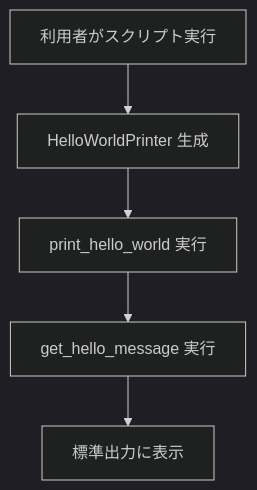
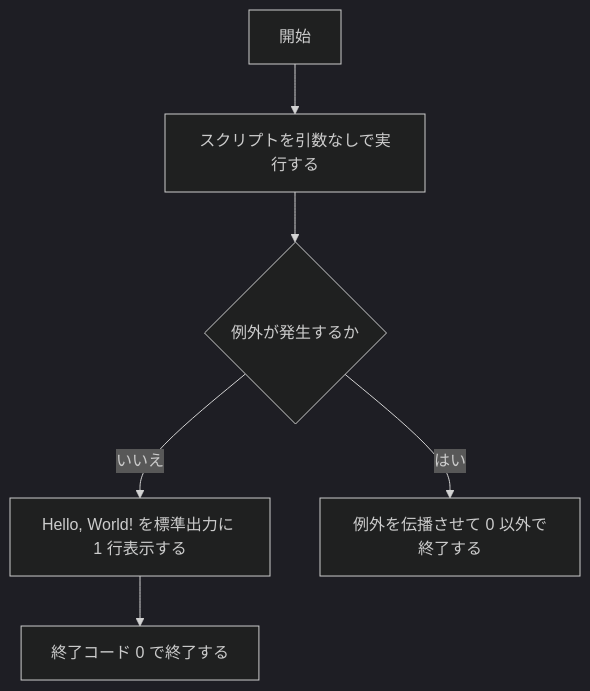
The second of 2 diagrams in evals/isdd-design/fixtures/docs/requirements.md (notfolder/isdd), drawn with Mermaid (dark theme) before and after one commit. The commit also changed other lines of this file and 127 other files, not shown here.

````diff
--- a/evals/isdd-design/fixtures/docs/requirements.md
+++ b/evals/isdd-design/fixtures/docs/requirements.md
@@ -117,7 +63,8 @@
 ```mermaid
 flowchart TD
-	A[利用者がスクリプト実行] --> B[HelloWorldPrinter 生成]
-	B --> C[print_hello_world 実行]
-	C --> D[get_hello_message 実行]
-	D --> E[標準出力に表示]
+    A[開始] --> B[スクリプトを引数なしで実行する]
+    B --> C{例外が発生するか}
+    C -->|いいえ| D[Hello, World! を標準出力に 1 行表示する]
+    D --> E[終了コード 0 で終了する]
+    C -->|はい| F[例外を伝播させて 0 以外で終了する]
 ```
````
